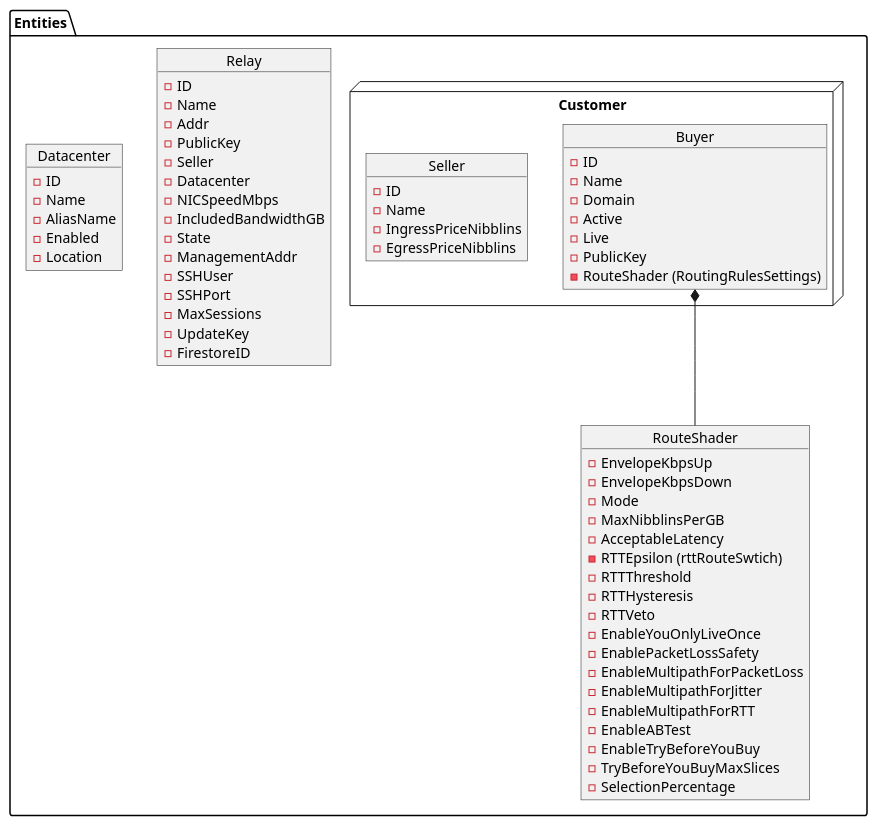
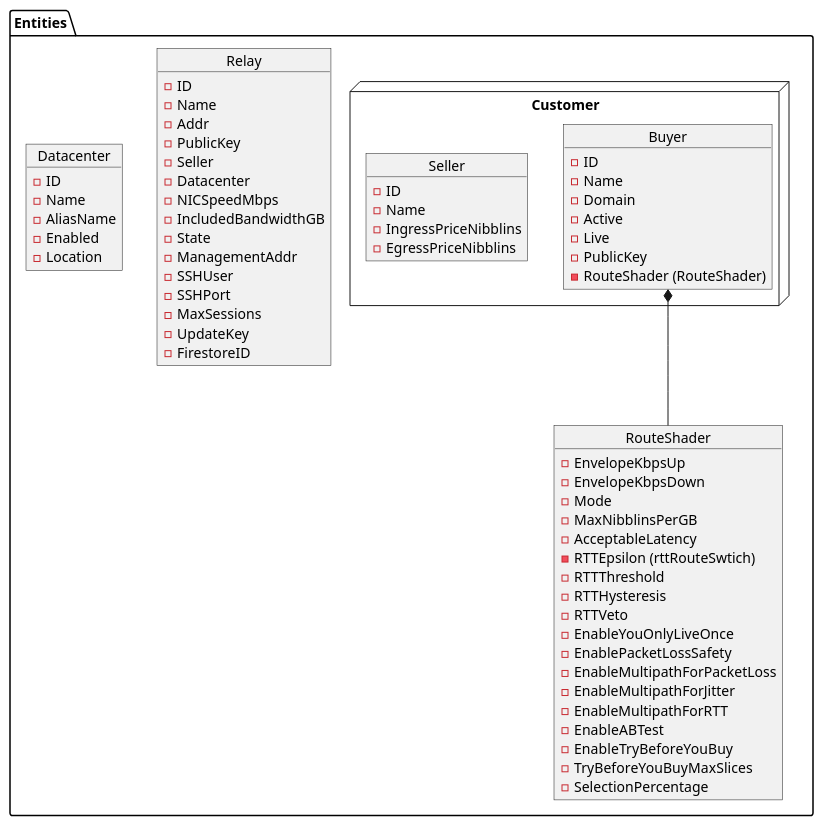
One commit to networknext/next changed the diagram in .diagrams/storage_entities.plantuml. Above: the diagram before and after it, drawn with PlantUML. The commit also changed 4 other files, not shown here.

Commit message:
Renamed more route rule settings to route shader

```diff
--- a/.diagrams/storage_entities.plantuml
+++ b/.diagrams/storage_entities.plantuml
@@ -1,69 +1,69 @@
 @startuml Entities
 package Entities {
     node Customer {
         object Buyer
         object Seller
     }
 
     object Relay
     object Datacenter
     object RouteShader
 }
 
 
 Buyer *-- RouteShader
 
 Buyer : - ID
 Buyer : - Name
 Buyer : - Domain
 Buyer : - Active
 Buyer : - Live
 Buyer : - PublicKey
-Buyer : - RouteShader (RoutingRulesSettings)
+Buyer : - RouteShader (RouteShader)
 
 Seller : - ID
 Seller : - Name
 Seller : - IngressPriceNibblins
 Seller : - EgressPriceNibblins
 
 Relay : - ID
 Relay : - Name
 Relay : - Addr
 Relay : - PublicKey
 Relay : - Seller
 Relay : - Datacenter
 Relay : - NICSpeedMbps
 Relay : - IncludedBandwidthGB
 Relay : - State
 Relay : - ManagementAddr
 Relay : - SSHUser
 Relay : - SSHPort
 Relay : - MaxSessions
 Relay : - UpdateKey
 Relay : - FirestoreID
 
 Datacenter : - ID
 Datacenter : - Name
 Datacenter : - AliasName
 Datacenter : - Enabled
 Datacenter : - Location
 
 RouteShader : - EnvelopeKbpsUp
 RouteShader : - EnvelopeKbpsDown
 RouteShader : - Mode
 RouteShader : - MaxNibblinsPerGB
 RouteShader : - AcceptableLatency
 RouteShader : - RTTEpsilon (rttRouteSwtich)
 RouteShader : - RTTThreshold
 RouteShader : - RTTHysteresis
 RouteShader : - RTTVeto
 RouteShader : - EnableYouOnlyLiveOnce
 RouteShader : - EnablePacketLossSafety
 RouteShader : - EnableMultipathForPacketLoss
 RouteShader : - EnableMultipathForJitter
 RouteShader : - EnableMultipathForRTT
 RouteShader : - EnableABTest
 RouteShader : - EnableTryBeforeYouBuy
 RouteShader : - TryBeforeYouBuyMaxSlices
 RouteShader : - SelectionPercentage
 @enduml
```
